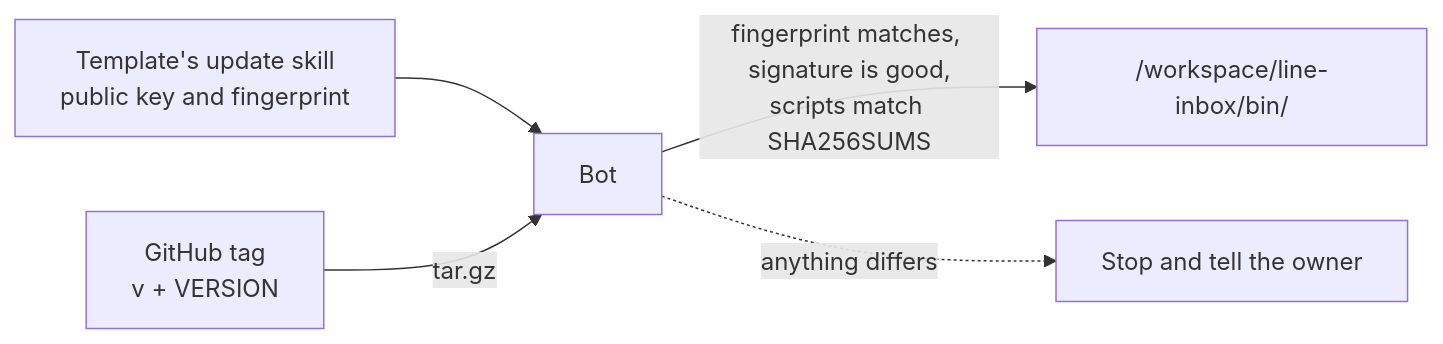
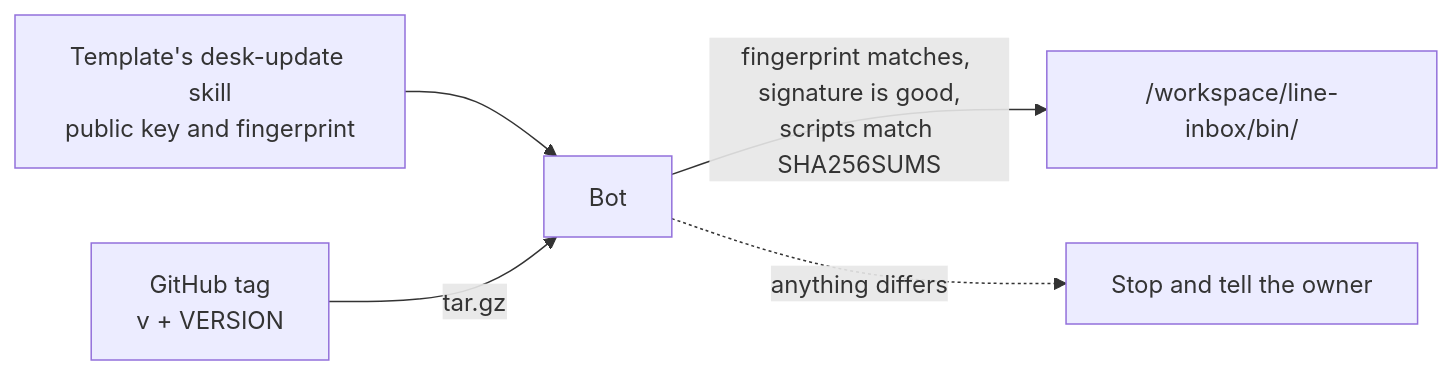
The diagram in README.en.md (keesmark/grok-bot-line-desk), drawn with Mermaid before and after one commit. The commit also changed other lines of this file and 18 other files, not shown here.

````diff
--- a/README.en.md
+++ b/README.en.md
@@ -26,7 +26,7 @@
 ```mermaid
 flowchart LR
-  K[Template's update skill<br>public key and fingerprint] --> B[Bot]
+  K[Template's desk-update skill<br>public key and fingerprint] --> B[Bot]
   R[GitHub tag<br>v + VERSION] -->|tar.gz| B
   B -->|fingerprint matches, signature is good,<br>scripts match SHA256SUMS| W["/workspace/line-inbox/bin/"]
   B -.->|anything differs| S[Stop and tell the owner]
 ```
````
